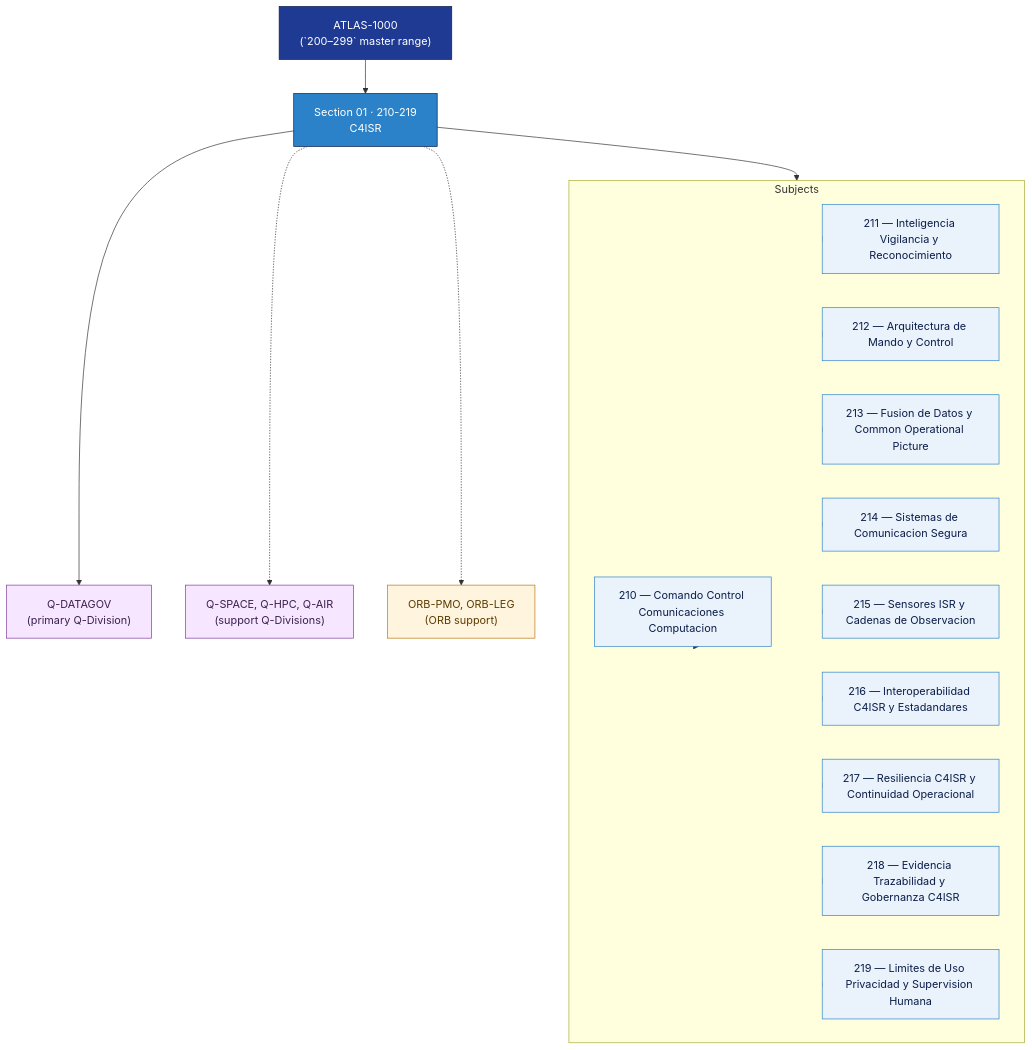
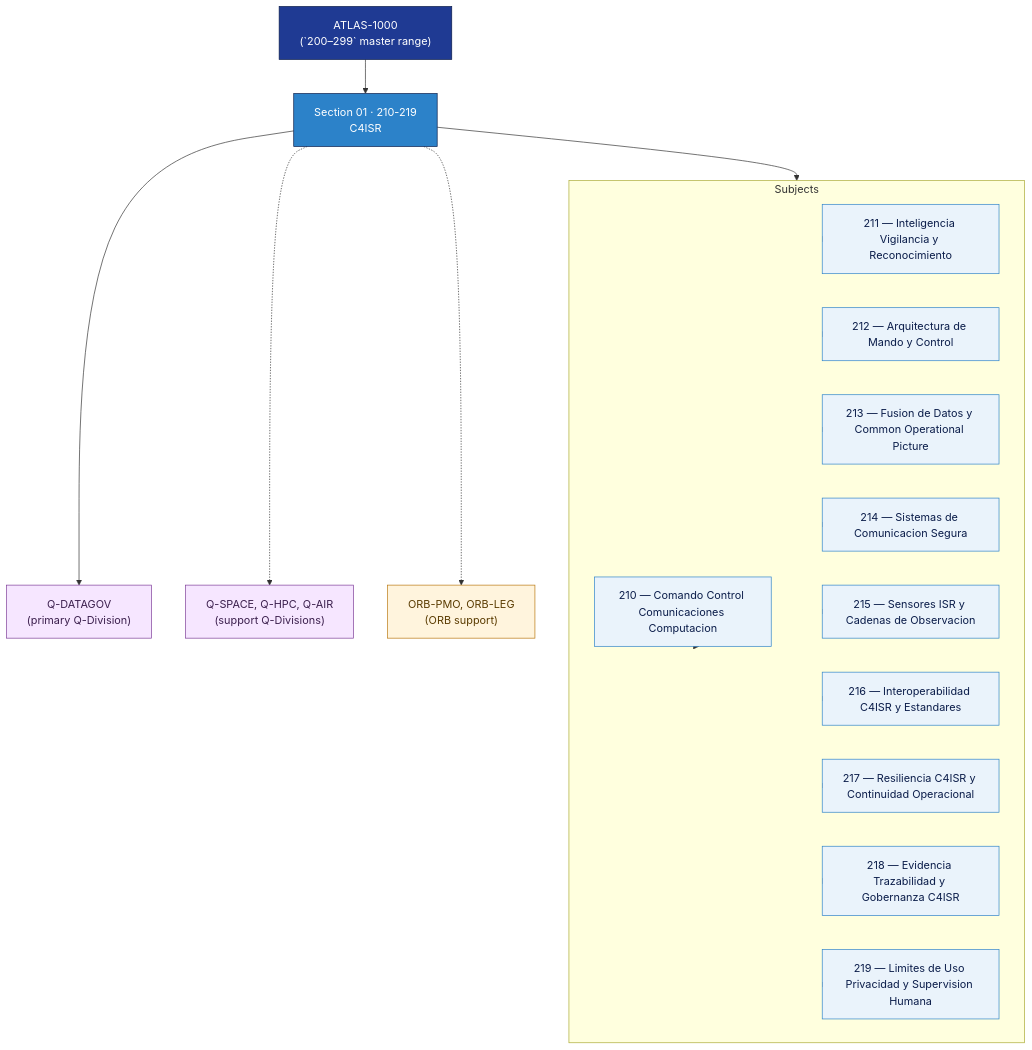
One commit to AmedeoPelliccia/Qplus-For-All-Queer-People-and-Quantum changed the diagram in Q+ATLANTIDE/200-299_DTTA/210-219_C4ISR/README.md. Above: the diagram before and after it, drawn with Mermaid. The commit also changed other lines of this file and 1 other file, not shown here.

Commit message:
fix: correct typo Estadandares → Estandares in C4ISR section 216
Agent-Logs-Url: https://github.com/AmedeoPelliccia/Qplus-For-All-Queer-People-and-Quantum/sessions/f6bbc5a5-619a-445c-a243-54a90fb6989e

````diff
--- a/Q+ATLANTIDE/200-299_DTTA/210-219_C4ISR/README.md
+++ b/Q+ATLANTIDE/200-299_DTTA/210-219_C4ISR/README.md
@@ -62,46 +62,46 @@
 ```mermaid
 flowchart TB
     PARENT["ATLAS-1000<br/>(`200–299` master range)"]:::parent
     SEC["Section 01 · 210-219<br/>C4ISR"]:::sec
     PARENT --> SEC
 
     subgraph SUBS["Subjects"]
         direction LR
         SUB_210["210 — Comando Control Comunicaciones Computacion"]:::sub
         SUB_211["211 — Inteligencia Vigilancia y Reconocimiento"]:::sub
         SUB_212["212 — Arquitectura de Mando y Control"]:::sub
         SUB_213["213 — Fusion de Datos y Common Operational Picture"]:::sub
         SUB_214["214 — Sistemas de Comunicacion Segura"]:::sub
         SUB_215["215 — Sensores ISR y Cadenas de Observacion"]:::sub
-        SUB_216["216 — Interoperabilidad C4ISR y Estadandares"]:::sub
+        SUB_216["216 — Interoperabilidad C4ISR y Estandares"]:::sub
         SUB_217["217 — Resiliencia C4ISR y Continuidad Operacional"]:::sub
         SUB_218["218 — Evidencia Trazabilidad y Gobernanza C4ISR"]:::sub
         SUB_219["219 — Limites de Uso Privacidad y Supervision Humana"]:::sub
     end
     SEC --> SUBS
 
     QPRIM["Q-DATAGOV<br/>(primary Q-Division)"]:::qdiv
     QSUPP["Q-SPACE, Q-HPC, Q-AIR<br/>(support Q-Divisions)"]:::qdiv
     ORB["ORB-PMO, ORB-LEG<br/>(ORB support)"]:::orb
 
     SEC --> QPRIM
     SEC -.-> QSUPP
     SEC -.-> ORB
 
     SUBS --> SUB_210
     SUBS --> SUB_211
     SUBS --> SUB_212
     SUBS --> SUB_213
     SUBS --> SUB_214
     SUBS --> SUB_215
     SUBS --> SUB_216
     SUBS --> SUB_217
     SUBS --> SUB_218
     SUBS --> SUB_219
 
     classDef parent fill:#1f3a93,stroke:#0b1d4a,color:#fff
     classDef sec fill:#2c82c9,stroke:#0b1d4a,color:#fff
     classDef sub fill:#eaf3fb,stroke:#2c82c9,color:#0b1d4a
     classDef qdiv fill:#f6e6ff,stroke:#7d3c98,color:#3b1f4d
     classDef orb fill:#fff4dd,stroke:#b9770e,color:#5a3b00
 ```
````
